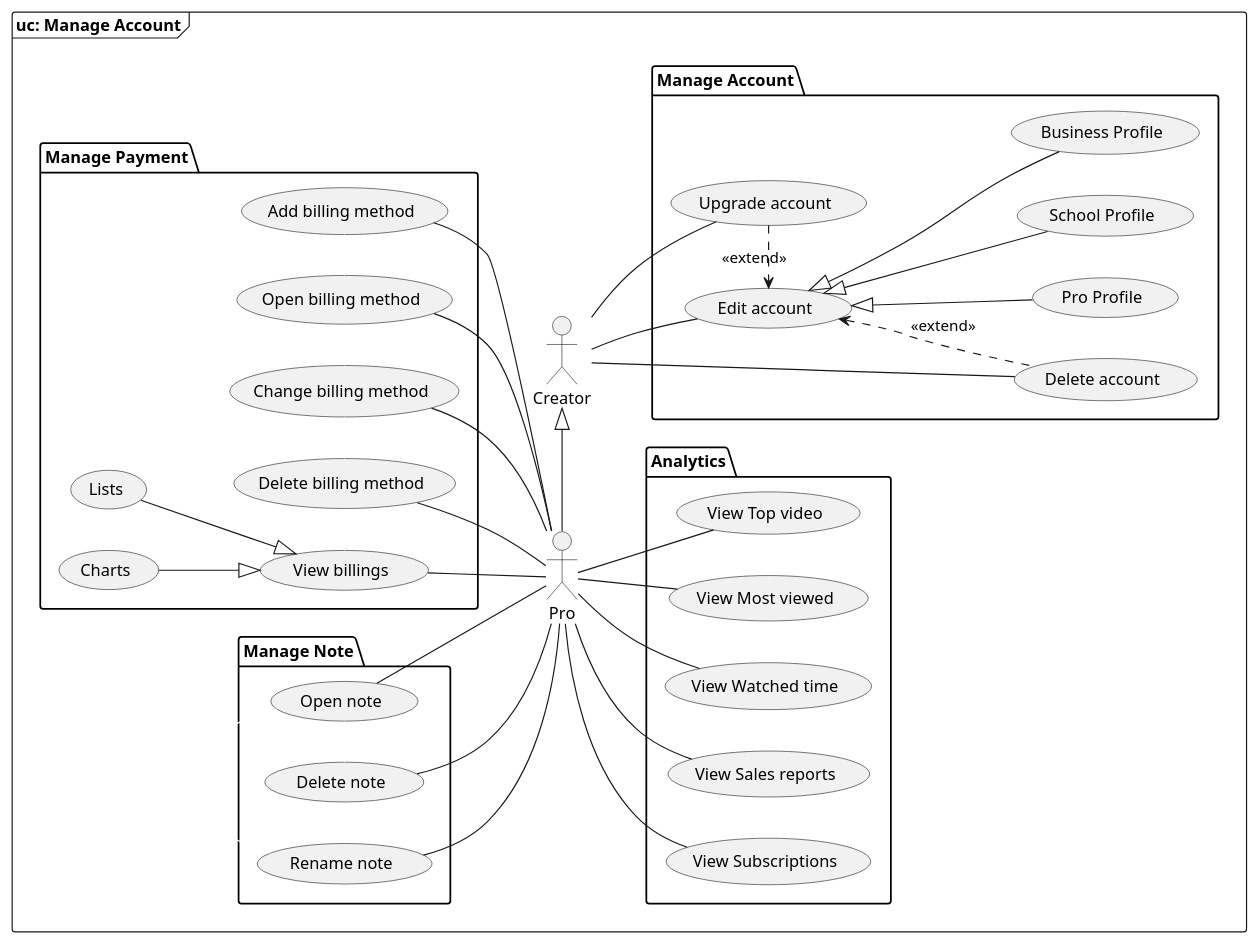
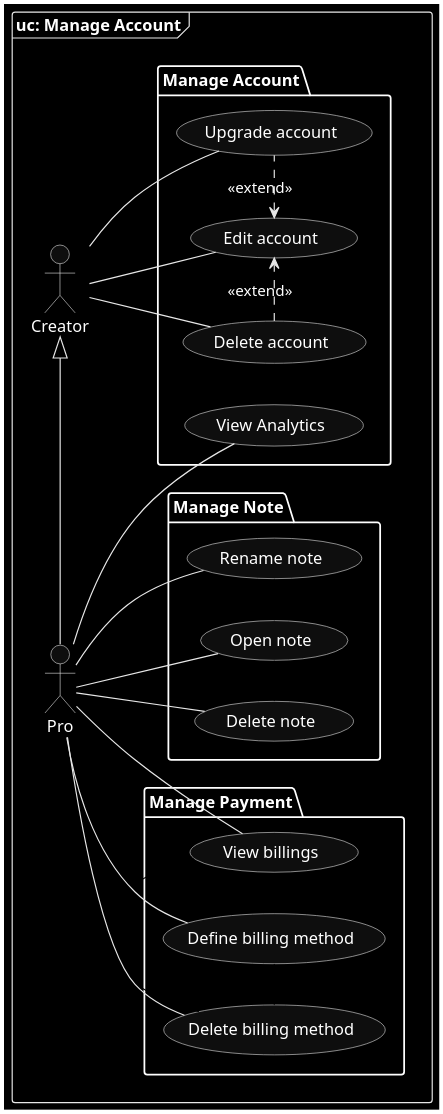
One commit to SSMM0498/arkad-conception changed the diagram in models/1.UseCase/account/1.UseCase.puml. Above: the diagram before and after it, drawn with PlantUML. The commit also changed 63 other files, not shown here.

```diff
--- a/models/1.UseCase/account/1.UseCase.puml
+++ b/models/1.UseCase/account/1.UseCase.puml
@@ -1,63 +1,43 @@
 @startuml UseCase
 left to right direction
 skinparam shadowing false
-skinparam monochrome true
+skinparam monochrome reverse
 
 frame "uc: Manage Account" {
     actor Creator
     actor Pro
 
     Creator <|-left- Pro
 
     package "Manage Account" {
-        (Edit account) <.left. (Upgrade account) : <<extend>>
-        (Edit account) <.. (Delete account) : <<extend>>
-        (Edit account) <|-down- (Pro Profile)
-        (Edit account) <|-down- (School Profile)
-        (Edit account) <|-down- (Business Profile)
-    }
-    
-    package "Analytics" {
-        (View Watched time)
-        (View Most viewed)
-        (View Top video)
-        (View Subscriptions)
-        (View Sales reports)
+        (View Analytics)
+        (Edit account) <.right. (Upgrade account) : <<extend>>
+        (Edit account) <.left. (Delete account) : <<extend>>
     }
 
     package "Manage Payment" {
-        (Add billing method) -left- (Open billing method) #line:white
-        (Open billing method) -left- (Change billing method) #line:white
-        (Change billing method) -left- (Delete billing method) #line:white
+        (Define billing method) -left- (Delete billing method) #line:white
         (Delete billing method) -left- (View billings) #line:white
-        (View billings) <|-up- (Charts)
-        (View billings) <|-up- (Lists)
     }
 
     package "Manage Note" {
         (Open note) -left- (Delete note) #line:white
         (Open note) -left- (Rename note) #line:white
     }
 
-    :Pro: -up- (Open note)
-    :Pro: -up- (Delete note)
-    :Pro: -up- (Rename note)
-
-    :Pro: -up- (Add billing method)
-    :Pro: -up- (Open billing method)
-    :Pro: -up- (Change billing method)
-    :Pro: -up- (Delete billing method)
-    :Pro: -up- (View billings)
-
-    :Pro: -down- (View Watched time)
-    :Pro: -down- (View Most viewed)
-    :Pro: -down- (View Top video)
-    :Pro: -down- (View Subscriptions)
-    :Pro: -down- (View Sales reports)
-
     :Creator: -down- (Edit account)
     :Creator: -down- (Delete account)
     :Creator: -down- (Upgrade account)
+
+    :Pro: -down- (View Analytics)
+
+    :Pro: -down- (Open note)
+    :Pro: -down- (Delete note)
+    :Pro: -down- (Rename note)
+
+    :Pro: -down- (Define billing method)
+    :Pro: -down- (Delete billing method)
+    :Pro: -down- (View billings)
 }
 
 @enduml
```
